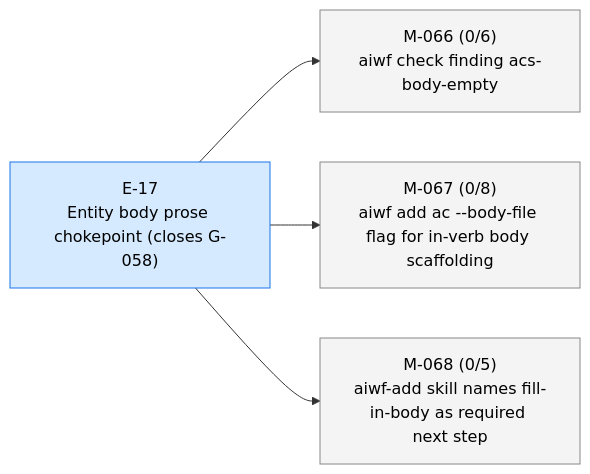
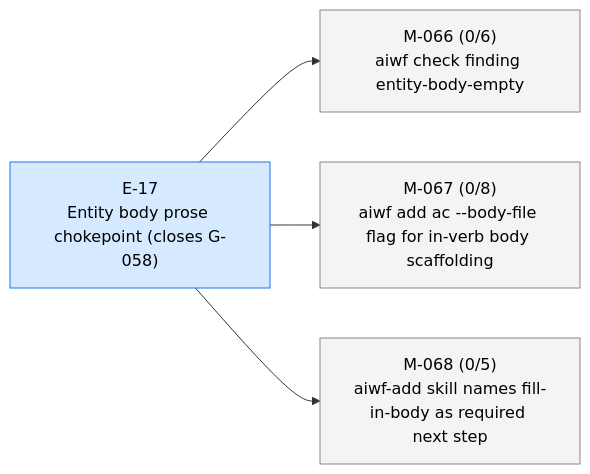
One commit to 23min/aiwf changed the first of 3 diagrams in STATUS.md. Above: the diagram before and after it, drawn with Mermaid. The commit also changed other lines of this file and 1 other file, not shown here.

First line of the commit message:
aiwf retitle M-066 + AC-1, AC-3 (manual; G-065 verb does not yet exist)

````diff
--- a/STATUS.md
+++ b/STATUS.md
@@ -13,16 +13,16 @@
 ```mermaid
 flowchart LR
   E_17["E-17<br/>Entity body prose chokepoint (closes G-058)"]:::epic_active
-  M_066["M-066 (0/6)<br/>aiwf check finding acs-body-empty"]:::ms_draft
+  M_066["M-066 (0/6)<br/>aiwf check finding entity-body-empty"]:::ms_draft
   E_17 --> M_066
   M_067["M-067 (0/8)<br/>aiwf add ac --body-file flag for in-verb body scaffolding"]:::ms_draft
   E_17 --> M_067
   M_068["M-068 (0/5)<br/>aiwf-add skill names fill-in-body as required next step"]:::ms_draft
   E_17 --> M_068
   classDef epic_active fill:#d6eaff,stroke:#1a73e8,color:#000
   classDef epic_proposed fill:#f4f4f4,stroke:#888,color:#000
   classDef ms_done fill:#d8f5d8,stroke:#2a8a2a,color:#000
   classDef ms_in_progress fill:#fff3c4,stroke:#caa400,color:#000
   classDef ms_draft fill:#f4f4f4,stroke:#888,color:#000
   classDef ms_cancelled fill:#fbeaea,stroke:#c33,color:#000
 ```
````
